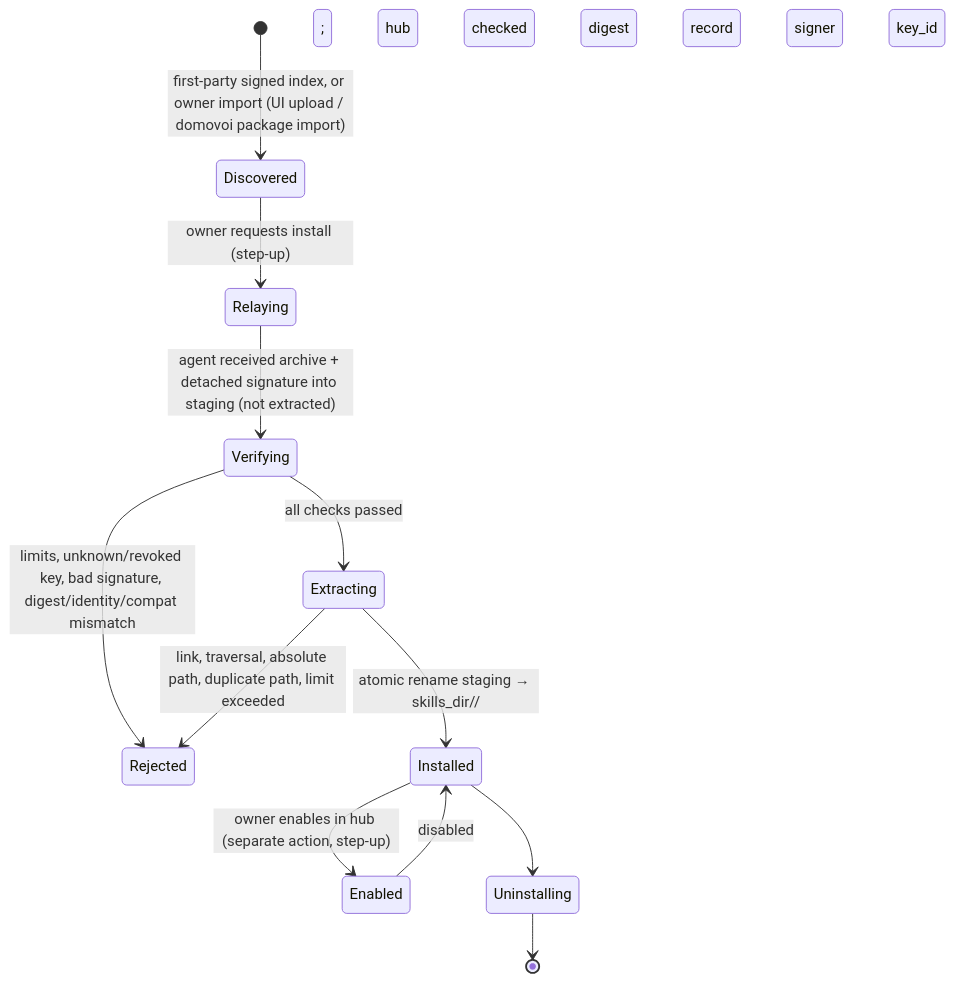
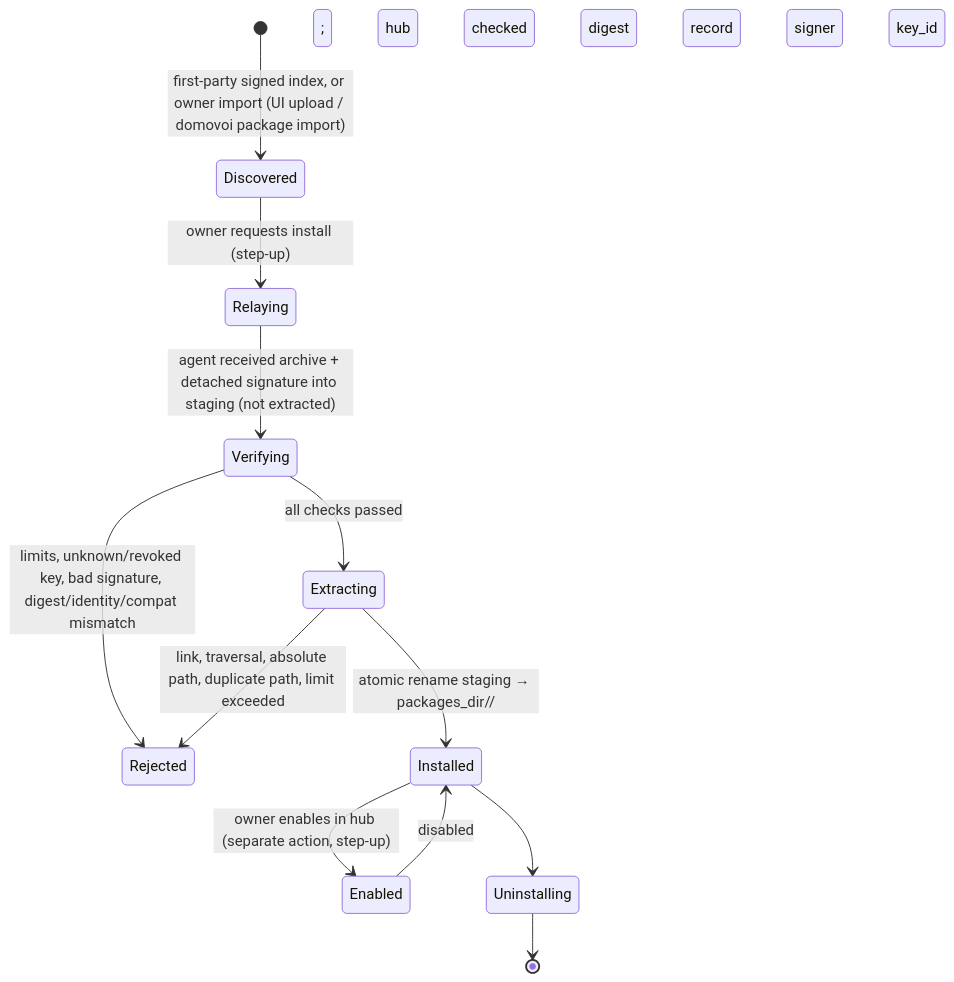
The fifth of 5 diagrams in docs/rework/04-target-architecture.md (RoastSlav/domovoi), drawn with Mermaid before and after one commit. The commit also changed other lines of this file and 22 other files, not shown here.

````diff
--- a/docs/rework/04-target-architecture.md
+++ b/docs/rework/04-target-architecture.md
@@ -730,14 +773,14 @@
 ```mermaid
 stateDiagram-v2
   [*] --> Discovered: first-party signed index, or owner import (UI upload / domovoi package import)
   Discovered --> Relaying: owner requests install (step-up); hub checked digest
   Relaying --> Verifying: agent received archive + detached signature into staging (not extracted)
   Verifying --> Rejected: limits, unknown/revoked key, bad signature, digest/identity/compat mismatch
   Verifying --> Extracting: all checks passed
   Extracting --> Rejected: link, traversal, absolute path, duplicate path, limit exceeded
-  Extracting --> Installed: atomic rename staging → skills_dir/<pkg>/<version>; record signer key_id
+  Extracting --> Installed: atomic rename staging → packages_dir/<pkg>/<version>; record signer key_id
   Installed --> Enabled: owner enables in hub (separate action, step-up)
   Enabled --> Installed: disabled
   Installed --> Uninstalling
   Uninstalling --> [*]
 ```
````
